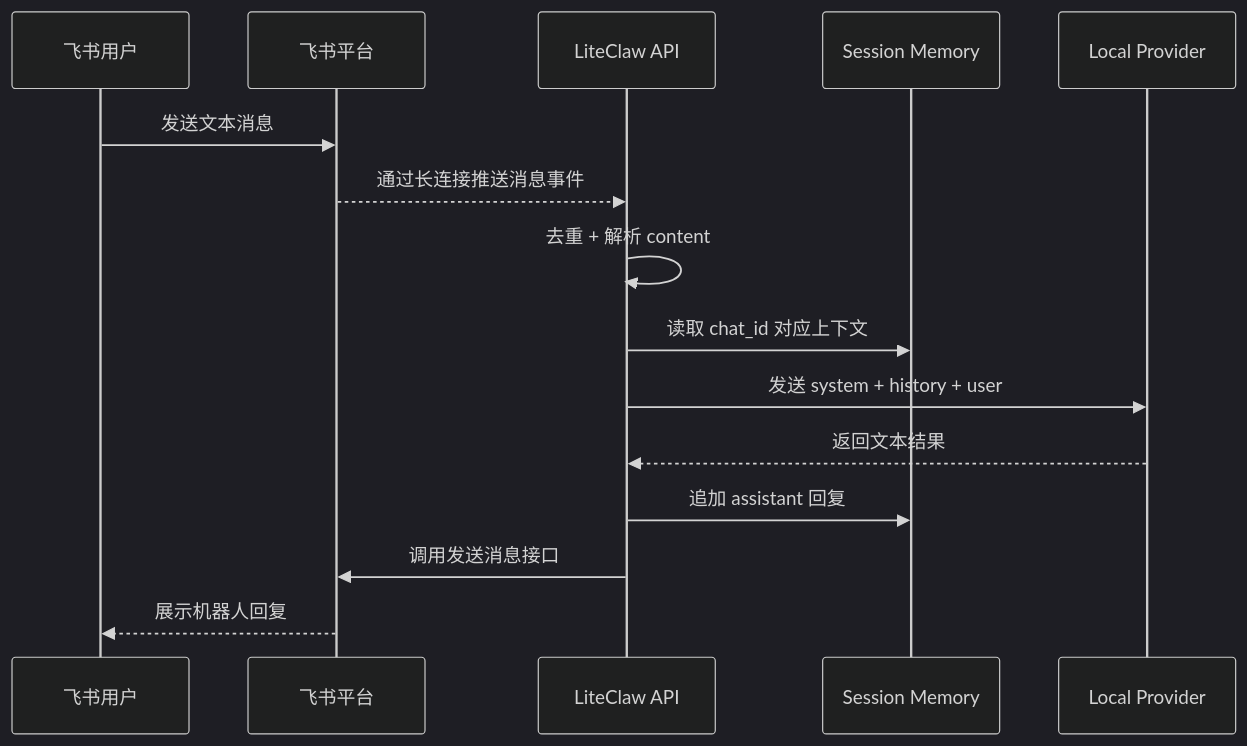
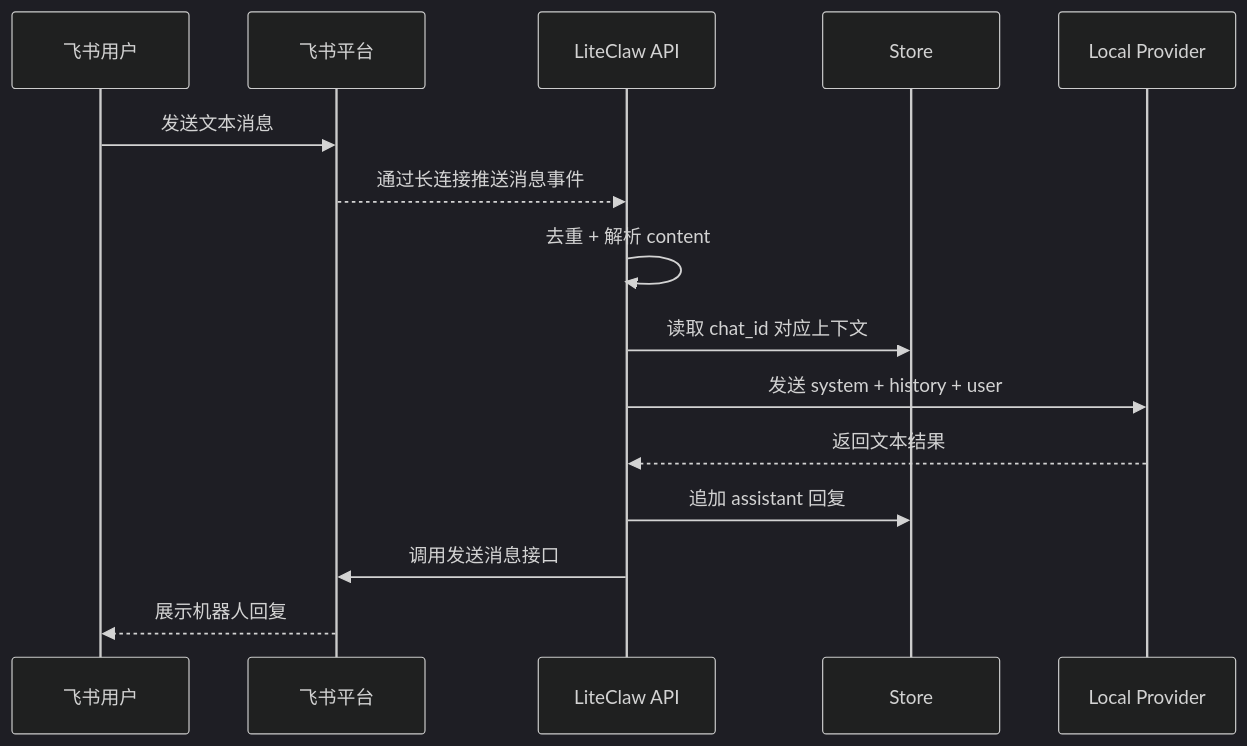
One commit to WarrenJones/liteClaw changed the second of 3 diagrams in docs/liteclaw-feishu-mvp.md. Above: the diagram before and after it, drawn with Mermaid (dark theme). The commit also changed other lines of this file and 15 other files, not shown here.

````diff
--- a/docs/liteclaw-feishu-mvp.md
+++ b/docs/liteclaw-feishu-mvp.md
@@ -51,18 +53,18 @@
 ```mermaid
 sequenceDiagram
     participant User as 飞书用户
     participant Feishu as 飞书平台
     participant LiteClaw as LiteClaw API
-    participant Memory as Session Memory
+    participant Memory as Store
     participant LLM as Local Provider
 
     User->>Feishu: 发送文本消息
     Feishu-->>LiteClaw: 通过长连接推送消息事件
     LiteClaw->>LiteClaw: 去重 + 解析 content
     LiteClaw->>Memory: 读取 chat_id 对应上下文
     LiteClaw->>LLM: 发送 system + history + user
     LLM-->>LiteClaw: 返回文本结果
     LiteClaw->>Memory: 追加 assistant 回复
     LiteClaw->>Feishu: 调用发送消息接口
     Feishu-->>User: 展示机器人回复
 ```
````
